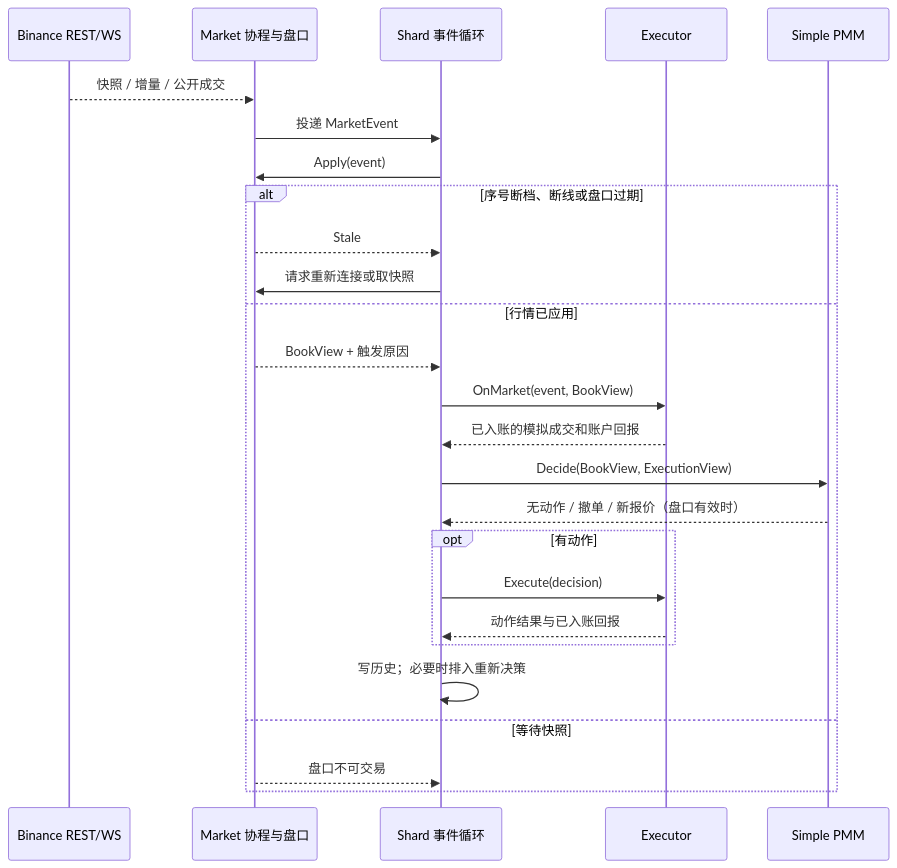
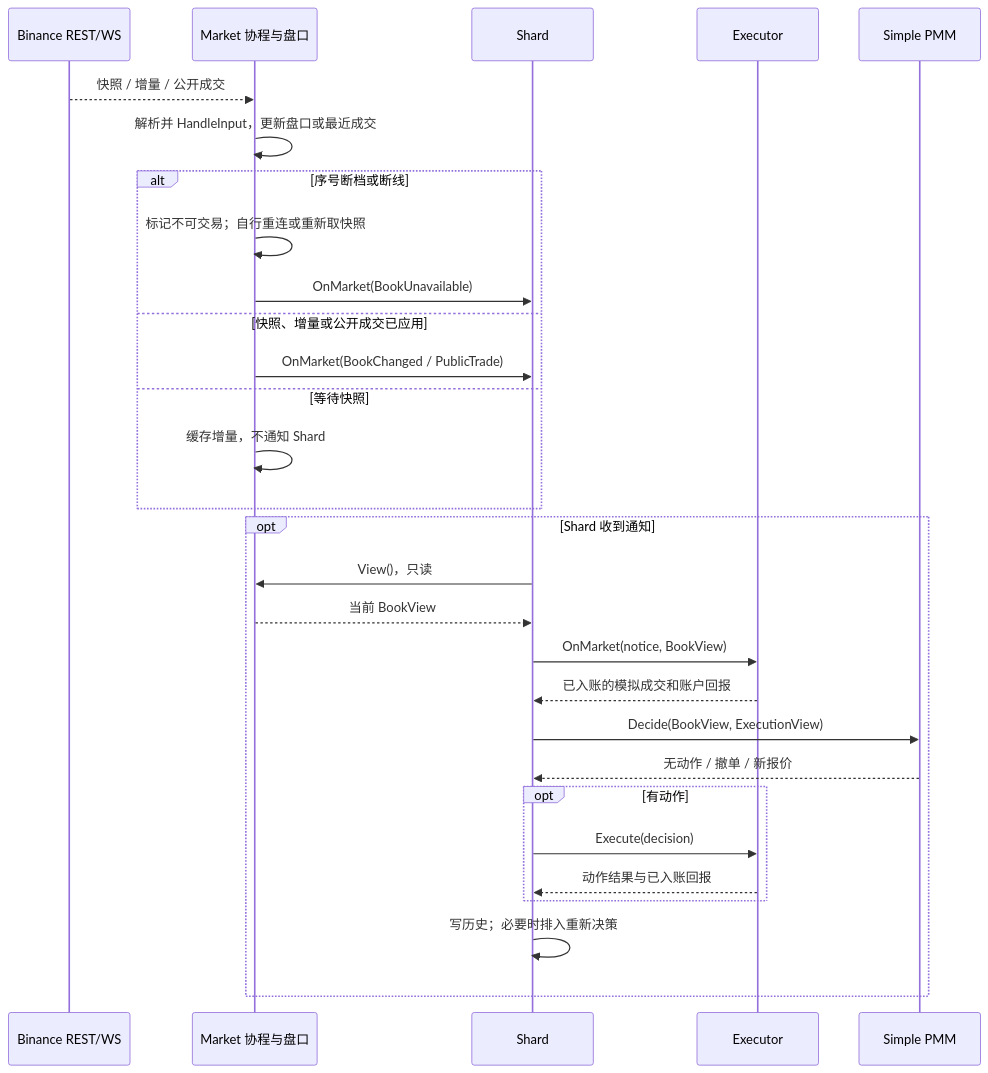
Before and after one commit to larrystd/hbot-quant: the second of 6 diagrams in docs/DESIGN.md, drawn with Mermaid. The commit also changed other lines of this file, not shown here.

Commit message:
Clarify market ownership and flatten executable layout

```diff
--- a/docs/DESIGN.md
+++ b/docs/DESIGN.md
@@ -113,28 +169,31 @@
 ~~~mermaid
 sequenceDiagram
     participant B as Binance REST/WS
     participant M as Market 协程与盘口
-    participant S as Shard 事件循环
+    participant S as Shard
     participant E as Executor
     participant P as Simple PMM
     B-->>M: 快照 / 增量 / 公开成交
-    M->>S: 投递 MarketEvent
-    S->>M: Apply(event)
-    alt 序号断档、断线或盘口过期
-        M-->>S: Stale
-        S->>M: 请求重新连接或取快照
-    else 行情已应用
-        M-->>S: BookView + 触发原因
-        S->>E: OnMarket(event, BookView)
+    M->>M: 解析并 HandleInput，更新盘口或最近成交
+    alt 序号断档或断线
+        M->>M: 标记不可交易；自行重连或重新取快照
+        M->>S: OnMarket(BookUnavailable)
+    else 快照、增量或公开成交已应用
+        M->>S: OnMarket(BookChanged / PublicTrade)
+    else 等待快照
+        M->>M: 缓存增量，不通知 Shard
+    end
+    opt Shard 收到通知
+        S->>M: View()，只读
+        M-->>S: 当前 BookView
+        S->>E: OnMarket(notice, BookView)
         E-->>S: 已入账的模拟成交和账户回报
         S->>P: Decide(BookView, ExecutionView)
-        P-->>S: 无动作 / 撤单 / 新报价（盘口有效时）
+        P-->>S: 无动作 / 撤单 / 新报价
         opt 有动作
             S->>E: Execute(decision)
             E-->>S: 动作结果与已入账回报
         end
         S->>S: 写历史；必要时排入重新决策
-    else 等待快照
-        M-->>S: 盘口不可交易
     end
 ~~~
```
